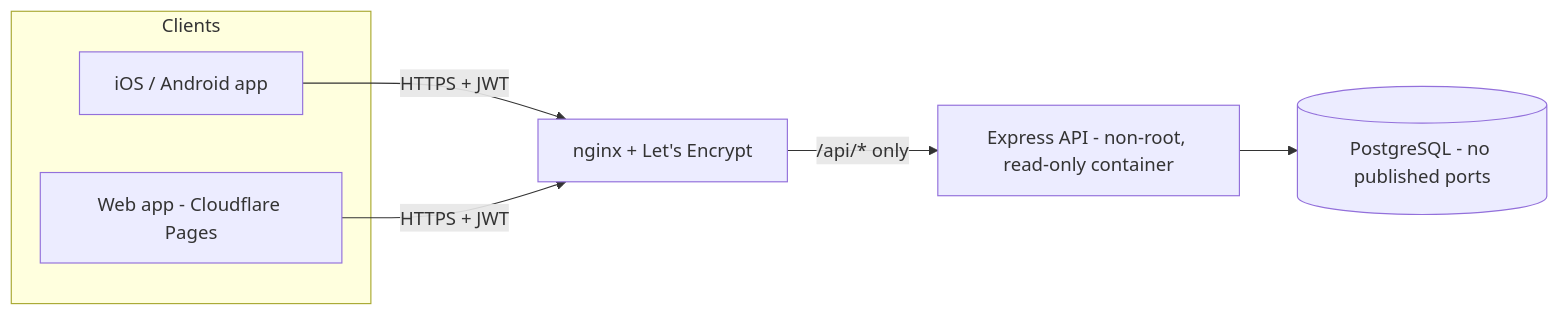
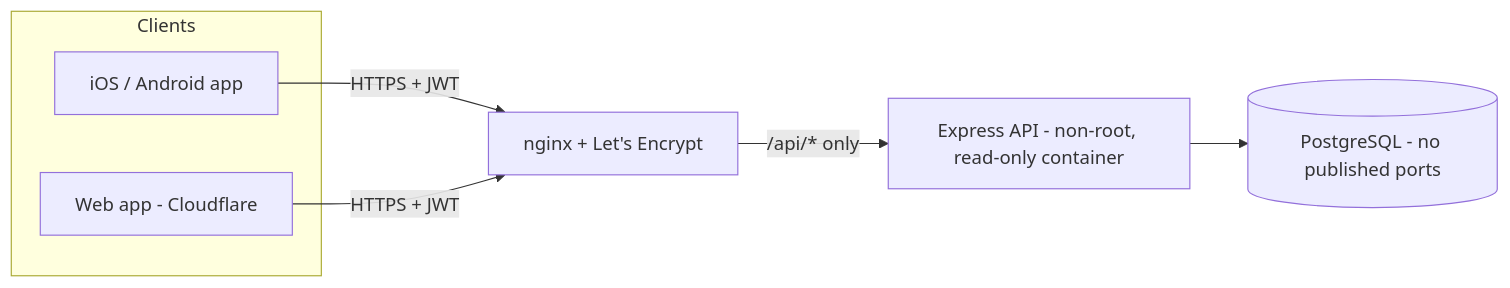
Before and after one commit to Jump0ts/mymoney: the diagram in README.md, drawn with Mermaid. The commit also changed other lines of this file and 4 other files, not shown here.

First line of the commit message:
docs: la web va en Cloudflare con static assets, no en Pages

````diff
--- a/README.md
+++ b/README.md
@@ -52,11 +52,11 @@
 ```mermaid
 flowchart LR
   subgraph Clients
     A["iOS / Android app"]
-    W["Web app - Cloudflare Pages"]
+    W["Web app - Cloudflare"]
   end
   A -->|"HTTPS + JWT"| N["nginx + Let's Encrypt"]
   W -->|"HTTPS + JWT"| N
   N -->|"/api/* only"| API["Express API - non-root, read-only container"]
   API --> DB[("PostgreSQL - no published ports")]
 ```
````
